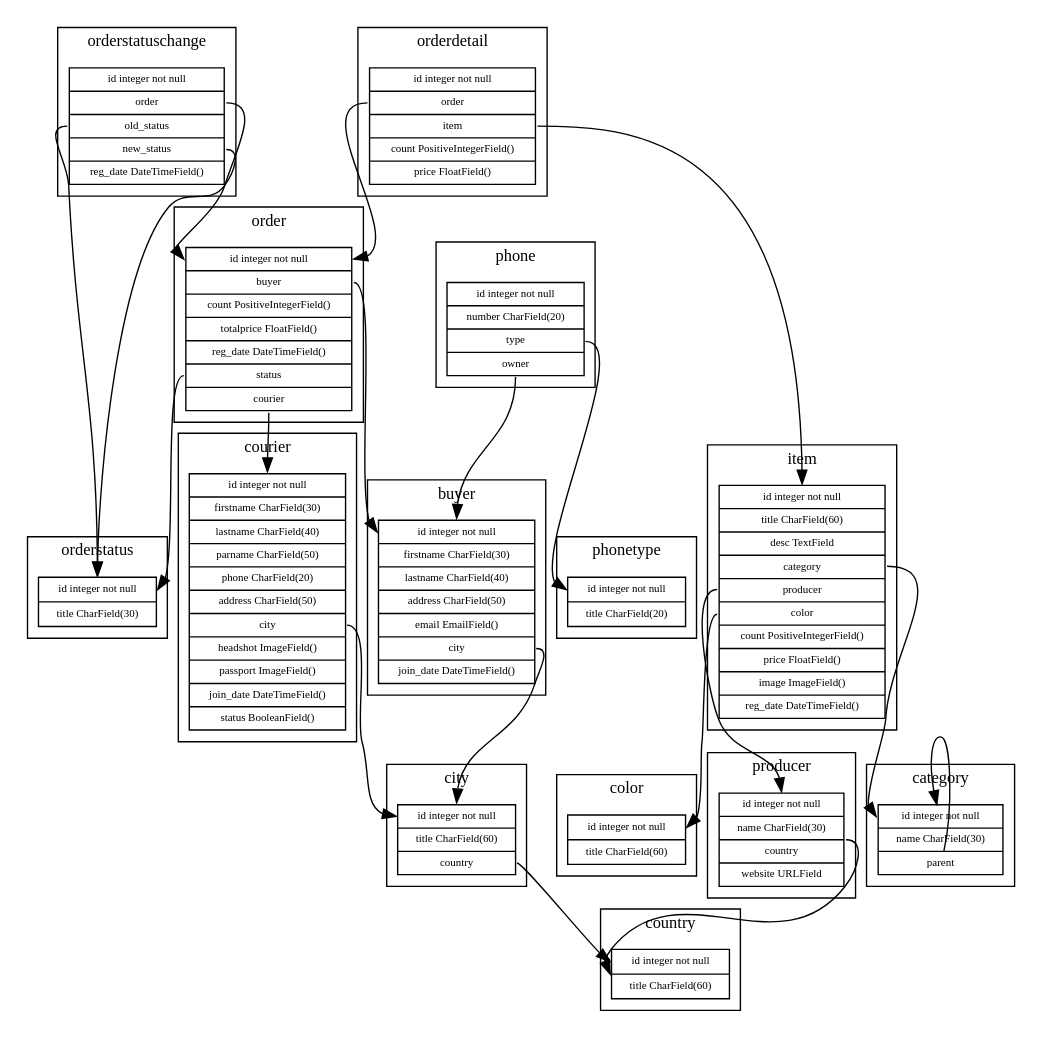
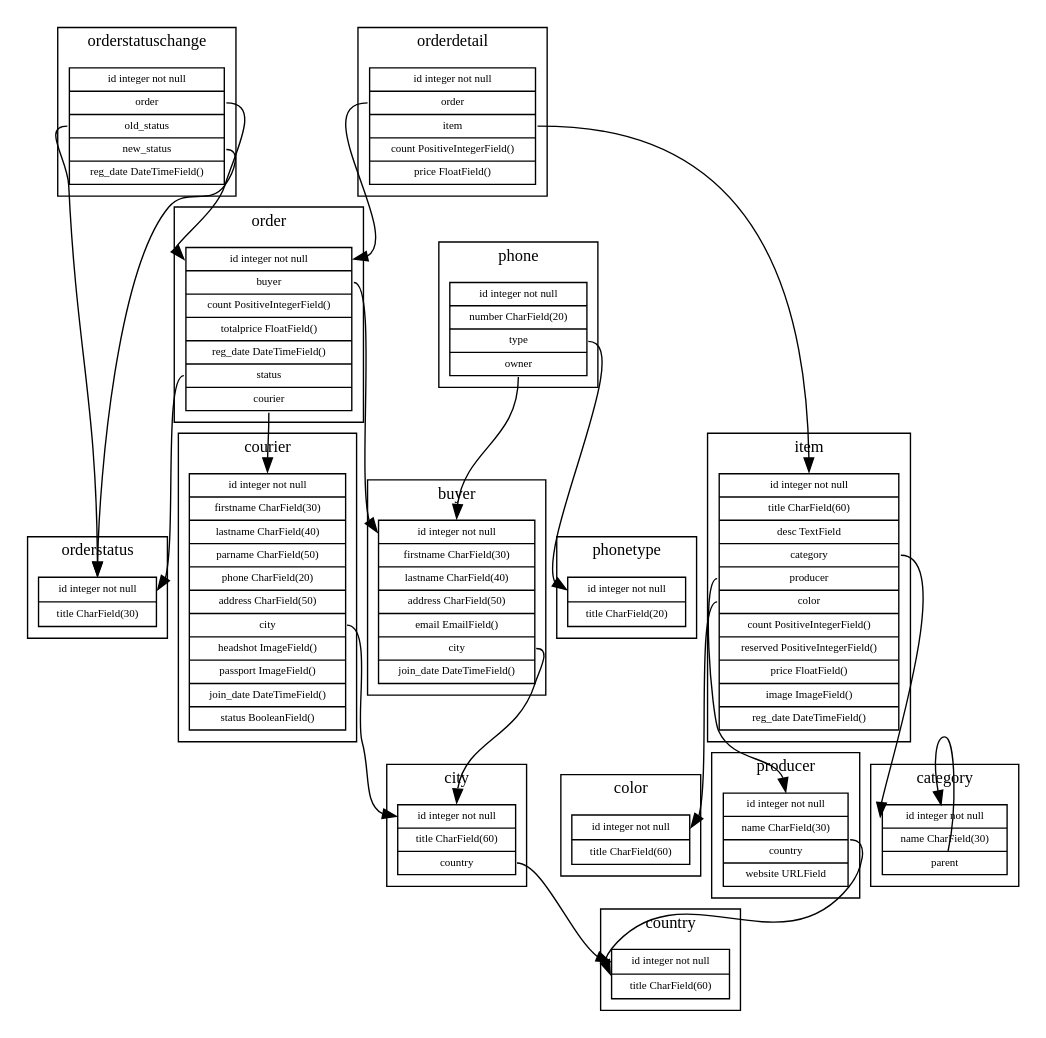
Before and after one commit to RaD/moiluchru: the diagram in schemas/cargo.dot, drawn with Graphviz.

Commit message:
Учтёно поле reserved в таблице item.

```diff
--- a/schemas/cargo.dot
+++ b/schemas/cargo.dot
@@ -1,68 +1,68 @@
 digraph G {
-	graph [rankdir = "TB", compound=true, ratio=compress, size="12,10", 
+	graph [rankdir = "TB", compound=true, ratio=compress, size="16,10", 
 		remincross=true, center=true];
 	node [shape=plaintext, fontname="Verdana", fontsize=8];
 	edge [arrowsize=1, color=black, fontname="Verdana", fontsize=8];
 	
 subgraph cluster_color {label="color"; labelloc="t"; fontname="Verdana"; fontsize=12; color};
 color [shape=record, label="{<id> id integer not null|title CharField(60)}"]
 
 subgraph cluster_countries {label="country"; labelloc="t"; fontname="Verdana"; fontsize=12; countries};
 countries [shape=record, label="{<id>id integer not null|title CharField(60)}"]
 
 subgraph cluster_cities {label="city"; labelloc="t"; fontname="Verdana"; fontsize=12; cities};
 cities [shape=record, label="{<id>id integer not null|title CharField(60)|<country> country}"]
 
 subgraph cluster_producers {label="producer"; labelloc="t"; fontname="Verdana"; fontsize=12; producers};
 producers [shape=record, label="{<id> id integer not null|name CharField(30)|<country> country|website URLField}"]
 
 subgraph cluster_categories {label="category"; labelloc="t"; fontname="Verdana"; fontsize=12; categories};
 categories [shape=record, label="{<id> id integer not null|name CharField(30)|<parent> parent}"]
 
 subgraph cluster_items {label="item"; labelloc="t"; fontname="Verdana"; fontsize=12; items};
-items [shape=record, label="{<id> id integer not null|title CharField(60)|desc TextField|<category> category|<producer> producer|<color> color|count PositiveIntegerField()|price FloatField()|image ImageField()|reg_date DateTimeField()}"]
+items [shape=record, label="{<id> id integer not null|title CharField(60)|desc TextField|<category> category|<producer> producer|<color> color|count PositiveIntegerField()|reserved PositiveIntegerField()|price FloatField()|image ImageField()|reg_date DateTimeField()}"]
 
 subgraph cluster_buyers {label="buyer"; labelloc="t"; fontname="Verdana"; fontsize=12; buyers};
 buyers [shape=record, label="{<id>id integer not null|firstname CharField(30)|lastname CharField(40)|address CharField(50)|email EmailField()|<city> city|join_date DateTimeField()}"]
 
 subgraph cluster_orderstatus {label="orderstatus"; labelloc="t"; fontname="Verdana"; fontsize=12; orderstatus};
 orderstatus [shape=record, label="{<id>id integer not null|title CharField(30)}"]
 
 subgraph cluster_orders {label="order"; labelloc="t"; fontname="Verdana"; fontsize=12; orders};
 orders [shape=record, label="{<id>id integer not null|<buyer> buyer|count PositiveIntegerField()|totalprice FloatField()|reg_date DateTimeField()|<status> status|<courier> courier}"]
 
 subgraph cluster_orderdetails {label="orderdetail"; labelloc="t"; fontname="Verdana"; fontsize=12; orderdetails};
 orderdetails [shape=record, label="{<id>id integer not null|<order> order|<item> item|count PositiveIntegerField()|price FloatField()}"]
 
 subgraph cluster_orderstatuschanges {label="orderstatuschange"; labelloc="t"; fontname="Verdana"; fontsize=12; orderstatuschanges};
 orderstatuschanges [shape=record, label="{<id>id integer not null|<order> order|<old_status> old_status|<new_status> new_status|reg_date DateTimeField()}"]
 
 subgraph cluster_couriers {label="courier"; labelloc="t"; fontname="Verdana"; fontsize=12; couriers};
 couriers [shape=record, label="{<id> id integer not null|firstname CharField(30)|lastname CharField(40)|parname CharField(50)|phone CharField(20)|address CharField(50)|<city> city|headshot ImageField()|passport ImageField()|join_date DateTimeField()|status BooleanField()}"]
 
 subgraph cluster_phonetypes {label="phonetype"; labelloc="t"; fontname="Verdana"; fontsize=12; phonetypes};
 phonetypes [shape=record, label="{<id>id integer not null|title CharField(20)}"]
 
 subgraph cluster_phones {label="phone"; labelloc="t"; fontname="Verdana"; fontsize=12; phones};
 phones [shape=record, label="{<id>id integer not null|number CharField(20)|<type> type|<owner> owner}"]
 
 producers:country -> countries:id [tailport=e, headport=w];
 categories:parent -> categories:id;
 items:category -> categories:id;
 items:producer -> producers:id;
 items:color -> color:id;
 orders:buyer -> buyers:id;
 orders:status -> orderstatus:id;
 orders:courier -> couriers:id;
 orderdetails:order -> orders:id;
 orderdetails:item -> items:id;
 orderstatuschanges:order -> orders:id;
 orderstatuschanges:old_status -> orderstatus:id;
 orderstatuschanges:new_status -> orderstatus:id;
 buyers:city -> cities:id;
 couriers:city -> cities:id;
 cities:country -> countries:id;
 phones:type -> phonetypes:id;
 phones:owner -> buyers:id;
 
 }
```
